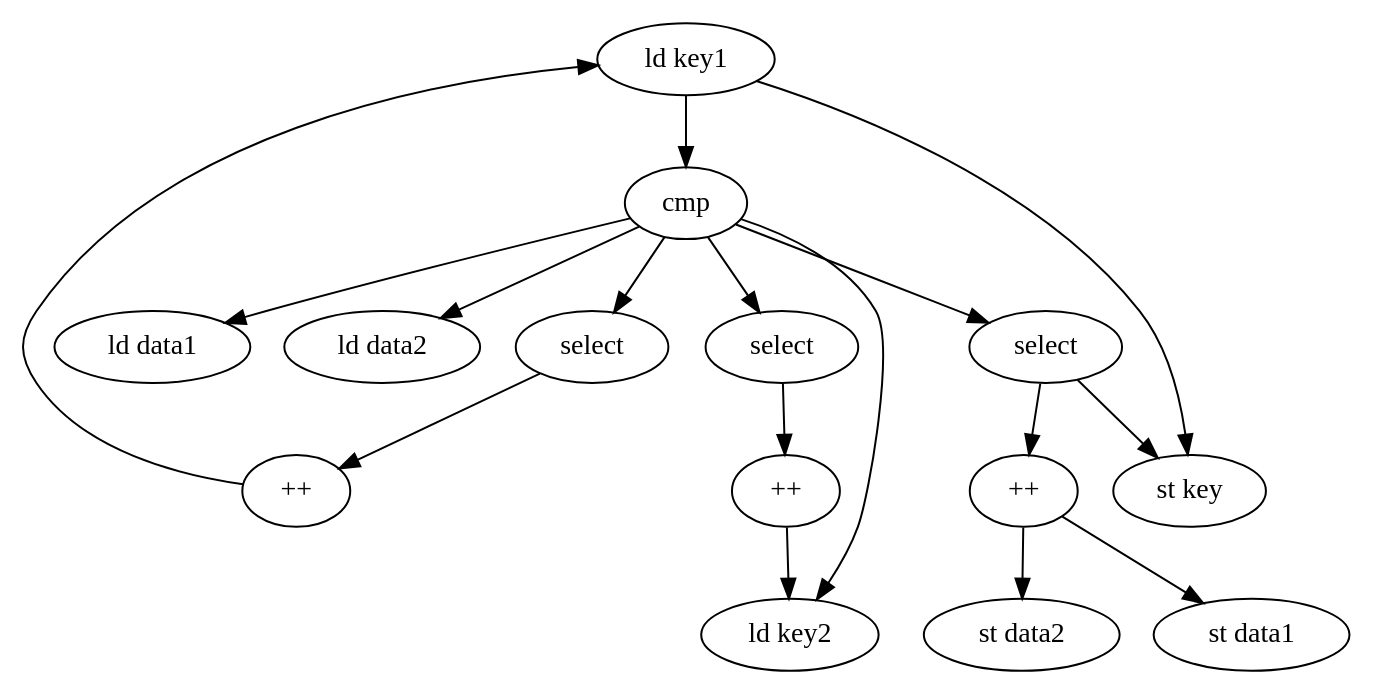
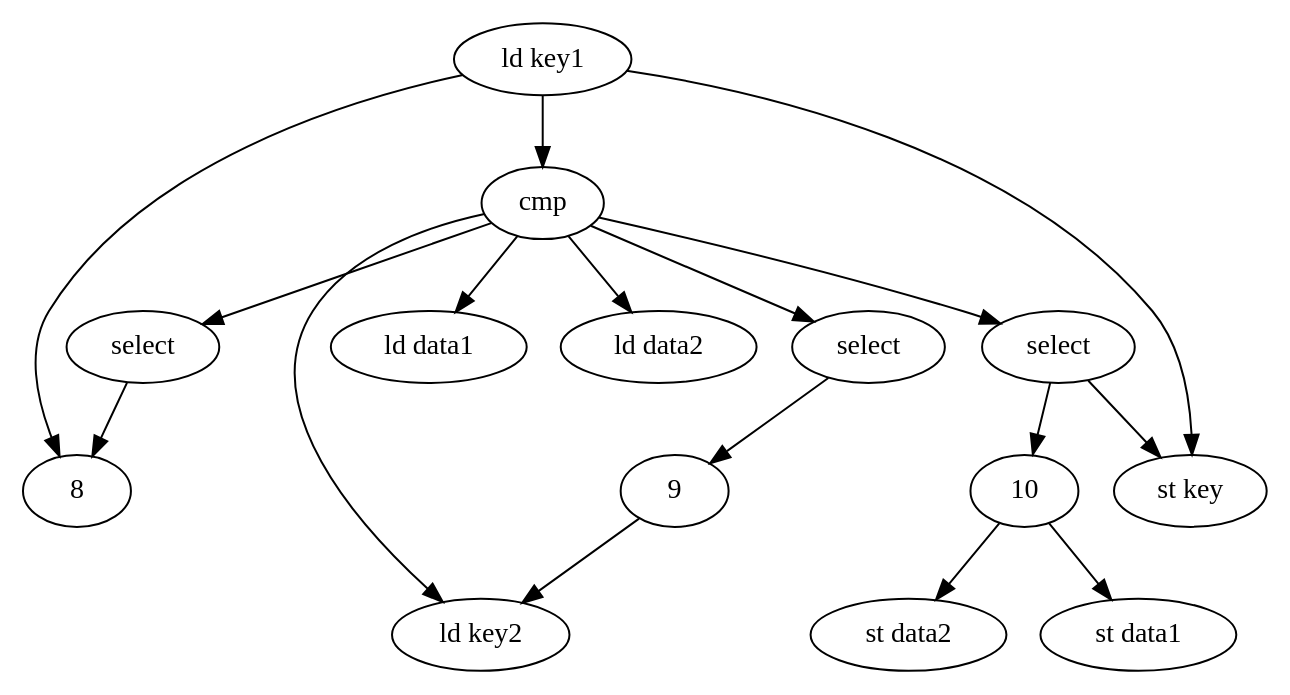
Before and after one commit to canesche/nvcc_colab_icpp2020: the diagram in dot_micro/stream_db_join_tradicional.dot, drawn with Graphviz. The commit also changed 1 other file, not shown here.

```diff
--- a/dot_micro/stream_db_join_tradicional.dot
+++ b/dot_micro/stream_db_join_tradicional.dot
@@ -1,38 +1,39 @@
 digraph Streaming_Database_Join {
 
 0 [label = "ld key1"]
 1 [label = "ld key2"]
 2 [label = "cmp"]
 3 [label = "select"]
 4 [label = "select"]
 5 [label = "select"]
 6 [label = "ld data1"]
 7 [label = "ld data2"]
-8 [label = "++"]
-9 [label = "++"]
-10 [label = "++"]
+//8 [label = "++"]
+//9 [label = "++"]
+//10 [label = "++"]
 11 [label = "st data1"]
 12 [label = "st data2"]
 13 [label = "st key"]
 
 0 -> 2
 0 -> 13
 //1 -> 2
 2 -> 1
 2 -> 3
 2 -> 4
 2 -> 5
 2 -> 6
 2 -> 7
 3 -> 8
 4 -> 9
 5 -> 10
 5 -> 13
 //8 -> 8
-8 -> 0
+//8 -> 0
+0 -> 8
 //9 -> 9 
 9 -> 1
 //10 -> 10
 10 -> 11
 10 -> 12
 }
```
